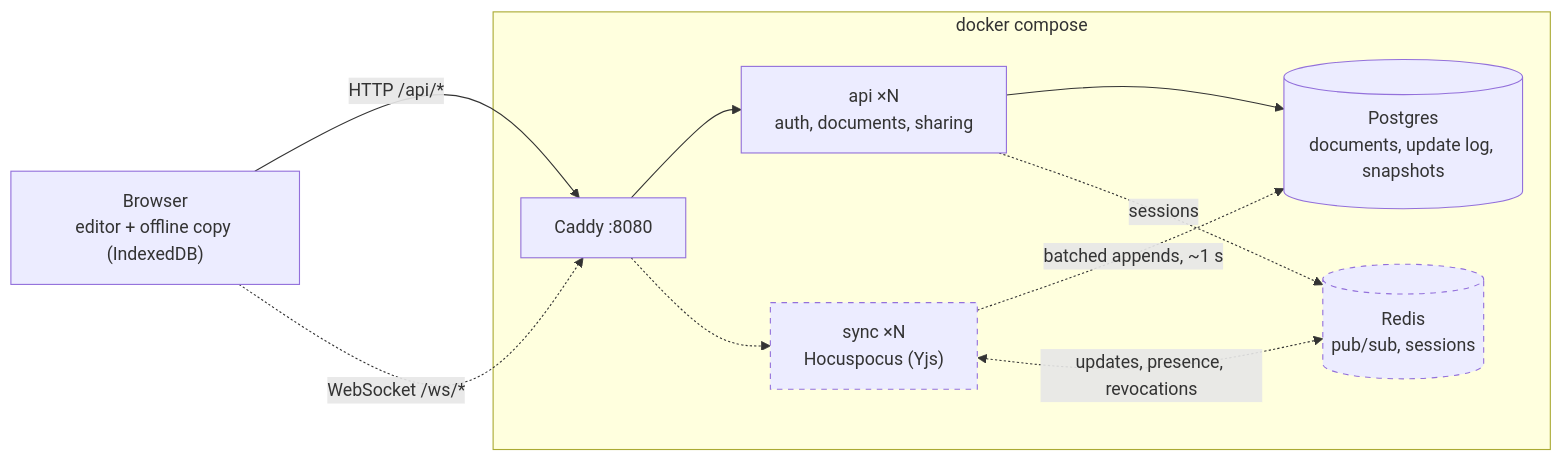
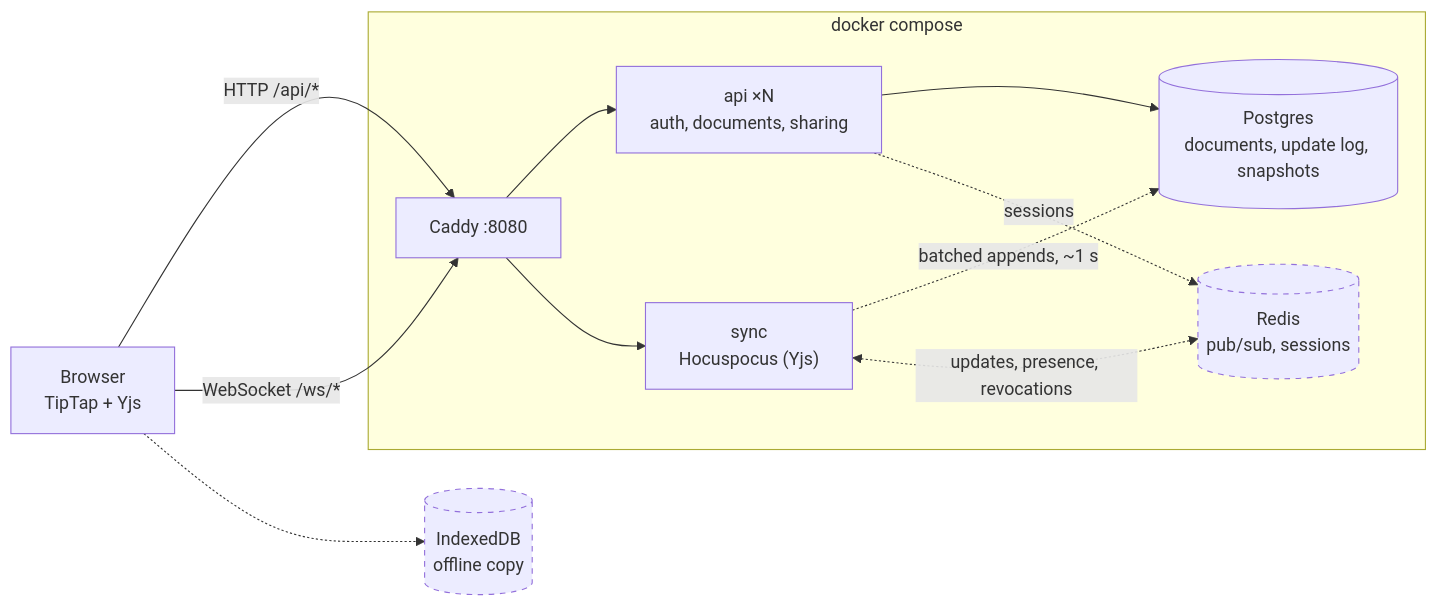
The diagram in README.md (gonzalo-gigena/collab-editor), drawn with Mermaid before and after one commit. The commit also changed other lines of this file and 20 other files, not shown here.

````diff
--- a/README.md
+++ b/README.md
@@ -41,21 +45,23 @@
 ```mermaid
 flowchart LR
-  browser["Browser<br/>editor + offline copy (IndexedDB)"]
+  browser["Browser<br/>TipTap + Yjs"]
+  local[("IndexedDB<br/>offline copy")]
   subgraph stack["docker compose"]
     caddy["Caddy :8080"]
     api["api ×N<br/>auth, documents, sharing"]
-    sync["sync ×N<br/>Hocuspocus (Yjs)"]
+    sync["sync<br/>Hocuspocus (Yjs)"]
     redis[("Redis<br/>pub/sub, sessions")]
     db[("Postgres<br/>documents, update log, snapshots")]
   end
   browser -->|"HTTP /api/*"| caddy
-  browser -.->|"WebSocket /ws/*"| caddy
+  browser -->|"WebSocket /ws/*"| caddy
+  browser -.-> local
   caddy --> api
-  caddy -.-> sync
+  caddy --> sync
   api --> db
   sync -.->|"batched appends, ~1 s"| db
   sync <-.->|"updates, presence, revocations"| redis
   api -.->|"sessions"| redis
-  class sync,redis planned
+  class local,redis planned
   classDef planned stroke-dasharray: 5 5
 ```
````
